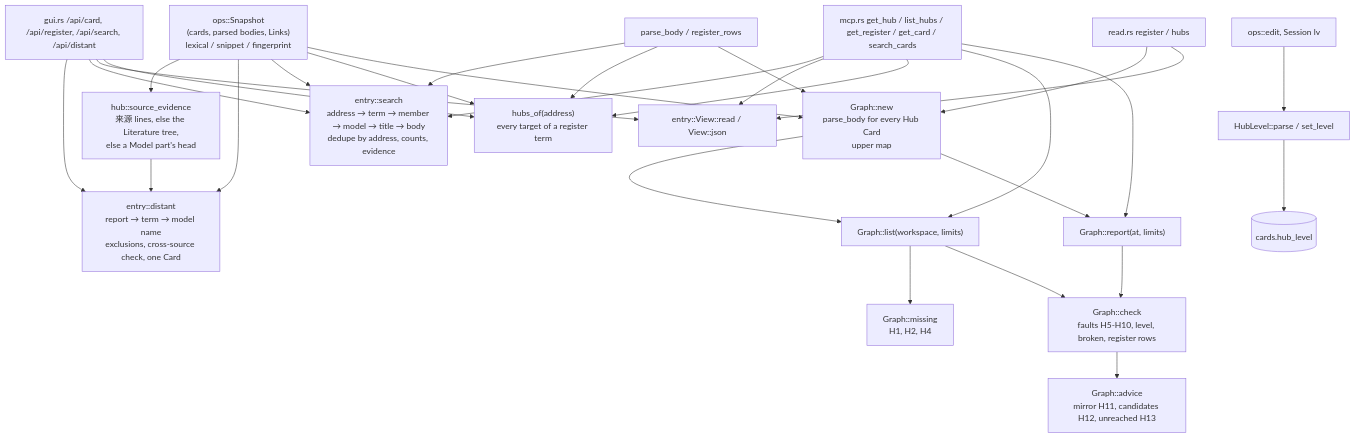
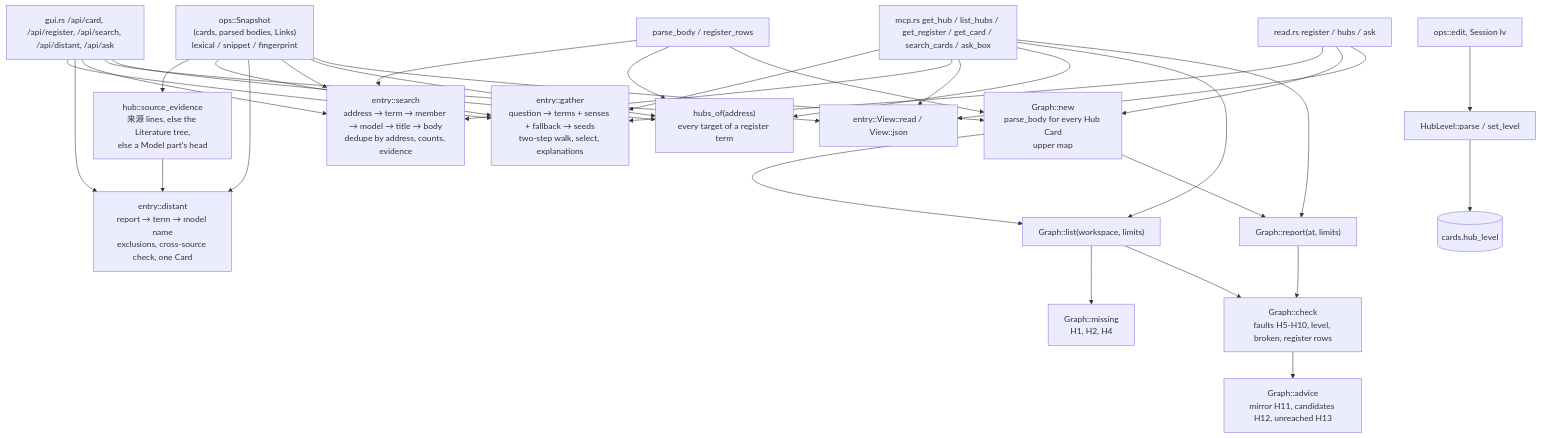
Before and after one commit to liudesheng9/zet: the diagram in docs/wiki/hub-cards.md, drawn with Mermaid. The commit also changed other lines of this file and 10 other files, not shown here.

First line of the commit message:
Gather an explained bounded Spread proposal from a question (#114)

````diff
--- a/docs/wiki/hub-cards.md
+++ b/docs/wiki/hub-cards.md
@@ -94,31 +109,35 @@
 ```mermaid
 flowchart TD
   S["ops::Snapshot<br/>(cards, parsed bodies, Links)<br/>lexical / snippet / fingerprint"] --> G["Graph::new<br/>parse_body for every Hub Card<br/>upper map"]
   S --> HO["hubs_of(address)<br/>every target of a register term"]
   S --> SR["entry::search<br/>address → term → member → model → title → body<br/>dedupe by address, counts, evidence"]
   S --> SD["entry::distant<br/>report → term → model name<br/>exclusions, cross-source check, one Card"]
+  S --> SQ["entry::gather<br/>question → terms + senses + fallback → seeds<br/>two-step walk, select, explanations"]
   S --> SE["hub::source_evidence<br/>来源 lines, else the Literature tree,<br/>else a Model part's head"]
   G --> R["Graph::report(at, limits)"]
   G --> L["Graph::list(workspace, limits)"]
   R --> C["Graph::check<br/>faults H5-H10, level, broken, register rows"]
   L --> C
   C --> A["Graph::advice<br/>mirror H11, candidates H12, unreached H13"]
   L --> M["Graph::missing<br/>H1, H2, H4"]
   P["parse_body / register_rows"] --> G
   P --> HO
   P --> SR
   LV["HubLevel::parse / set_level"] --> DB[("cards.hub_level")]
-  MCP["mcp.rs get_hub / list_hubs / get_register / get_card / search_cards"] --> R
+  MCP["mcp.rs get_hub / list_hubs / get_register / get_card / search_cards / ask_box"] --> R
   MCP --> L
   MCP --> HO
   MCP --> E["entry::View::read / View::json"]
   MCP --> SR
-  GUI["gui.rs /api/card, /api/register, /api/search, /api/distant"] --> HO
+  MCP --> SQ
+  GUI["gui.rs /api/card, /api/register, /api/search, /api/distant, /api/ask"] --> HO
   GUI --> E
   GUI --> SR
   GUI --> SD
+  GUI --> SQ
   SE --> SD
-  RD["read.rs register / hubs"] --> E
+  RD["read.rs register / hubs / ask"] --> E
   RD --> G
+  RD --> SQ
   OPS["ops::edit, Session lv"] --> LV
 ```
````
